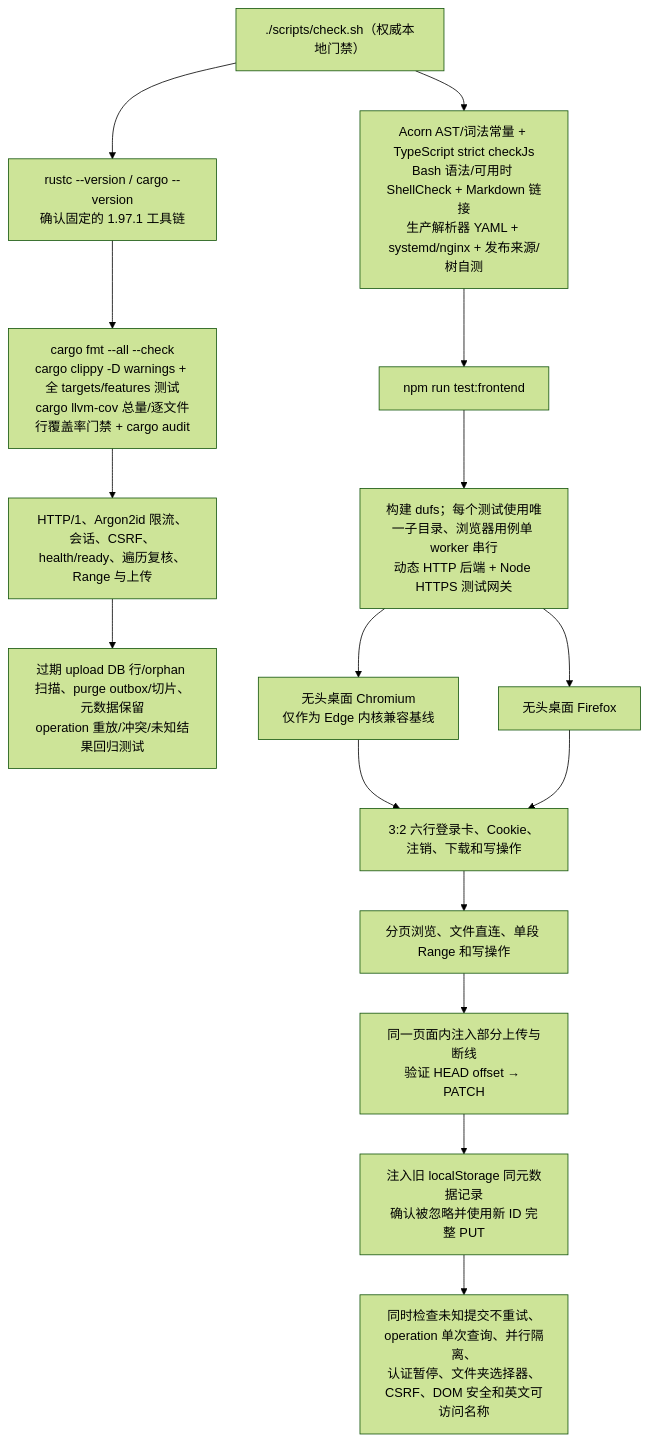
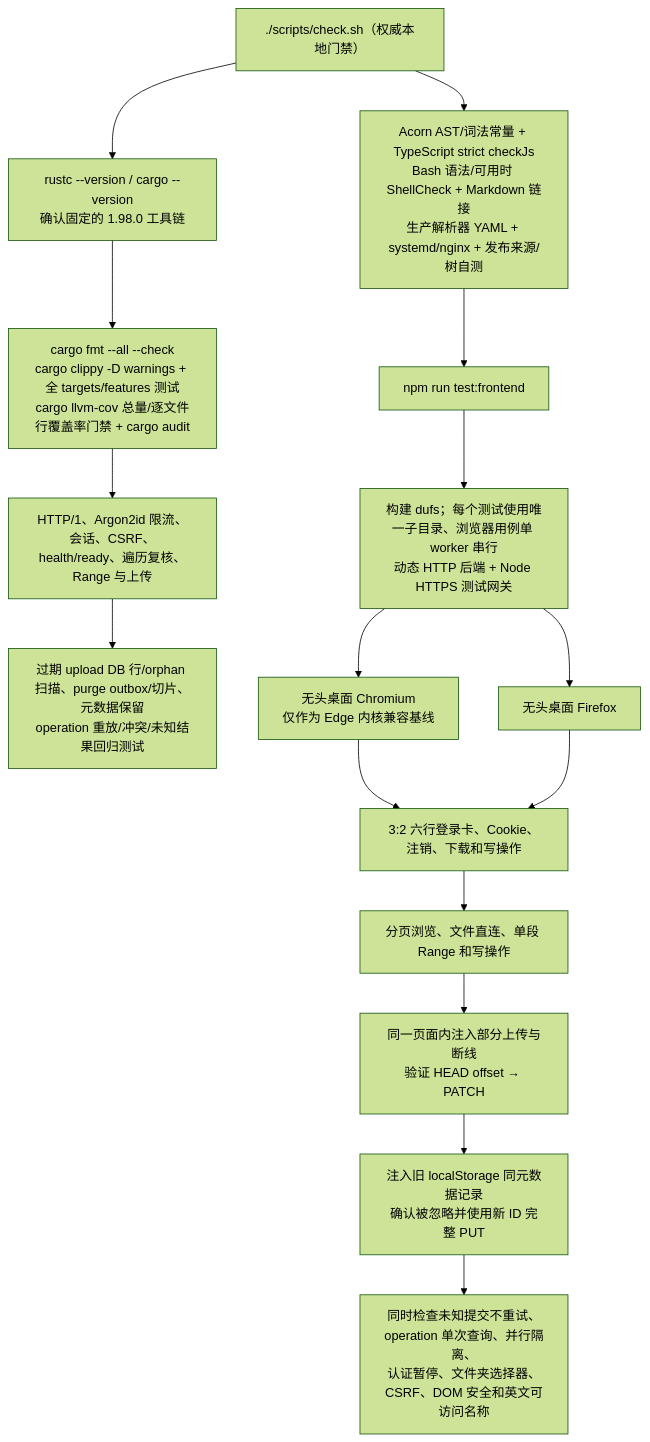
One commit to isarmg/dufs-ram changed diagram 22 of 22 in docs/project-workflow.md. Above: the diagram before and after it, drawn with Mermaid (forest theme). The commit also changed other lines of this file and 17 other files, not shown here.

````diff
--- a/docs/project-workflow.md
+++ b/docs/project-workflow.md
@@ -989,18 +996,18 @@
 ```mermaid
 flowchart TD
-    TEST["./scripts/check.sh（权威本地门禁）"] --> TOOLCHAIN["rustc --version / cargo --version<br/>确认固定的 1.97.1 工具链"]
+    TEST["./scripts/check.sh（权威本地门禁）"] --> TOOLCHAIN["rustc --version / cargo --version<br/>确认固定的 1.98.0 工具链"]
     TOOLCHAIN --> RUST["cargo fmt --all --check<br/>cargo clippy -D warnings + 全 targets/features 测试<br/>cargo llvm-cov 总量/逐文件行覆盖率门禁 + cargo audit"]
     TEST --> STATIC["Acorn AST/词法常量 + TypeScript strict checkJs<br/>Bash 语法/可用时 ShellCheck + Markdown 链接<br/>生产解析器 YAML + systemd/nginx + 发布来源/树自测"]
     STATIC --> FRONT["npm run test:frontend"]
     RUST --> ROUTES["HTTP/1、Argon2id 限流、会话、CSRF、health/ready、遍历复核、Range 与上传"]
     ROUTES --> MAINTENANCE["过期 upload DB 行/orphan 扫描、purge outbox/切片、元数据保留<br/>operation 重放/冲突/未知结果回归测试"]
     FRONT --> BUILD["构建 dufs；每个测试使用唯一子目录、浏览器用例单 worker 串行<br/>动态 HTTP 后端 + Node HTTPS 测试网关"]
     BUILD --> CHROMIUM["无头桌面 Chromium<br/>仅作为 Edge 内核兼容基线"]
     BUILD --> FIREFOX["无头桌面 Firefox"]
     CHROMIUM --> FLOWS["3:2 六行登录卡、Cookie、注销、下载和写操作"]
     FIREFOX --> FLOWS
     FLOWS --> RANGE["分页浏览、文件直连、单段 Range 和写操作"]
     RANGE --> FAULT["同一页面内注入部分上传与断线<br/>验证 HEAD offset → PATCH"]
     FAULT --> IDENTITY["注入旧 localStorage 同元数据记录<br/>确认被忽略并使用新 ID 完整 PUT"]
     IDENTITY --> OTHER["同时检查未知提交不重试、operation 单次查询、并行隔离、<br/>认证暂停、文件夹选择器、CSRF、DOM 安全和英文可访问名称"]
 ```
````
